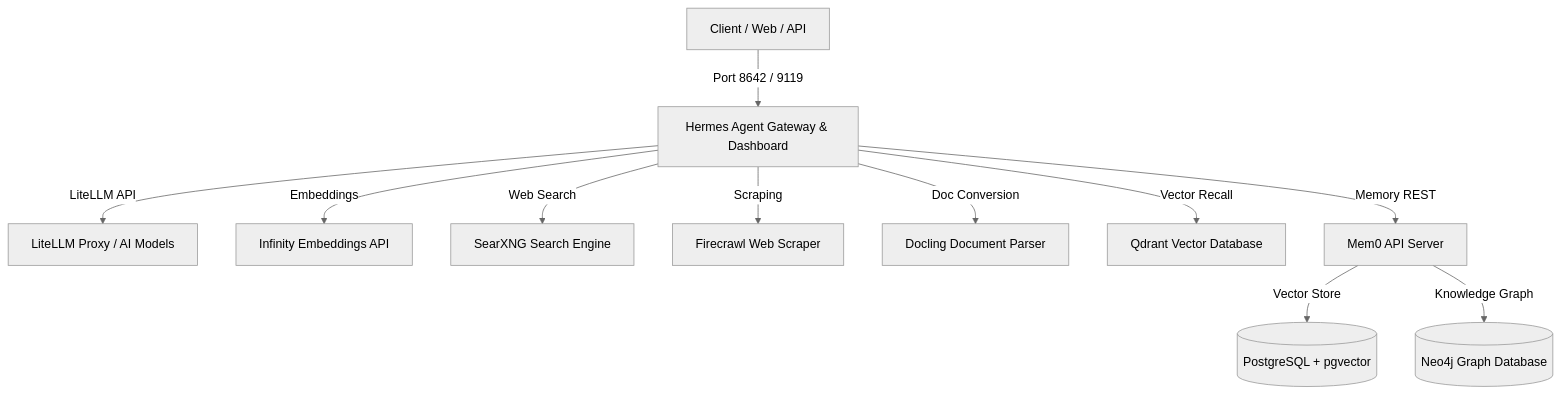
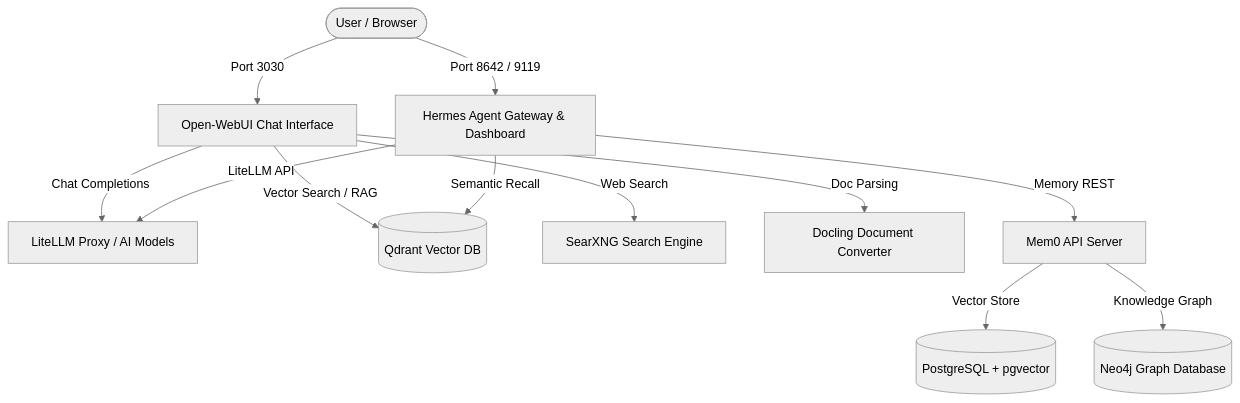
Before and after one commit to medzarka/homelab-ai-agents: the diagram in README.md, drawn with Mermaid (neutral theme). The commit also changed other lines of this file and 2 other files, not shown here.

Commit message:
feat: integrate Qdrant vector database and Open-WebUI into homelab-ai-agents

````diff
--- a/README.md
+++ b/README.md
@@ -11,13 +15,16 @@
 ```mermaid
 graph TD
-    Client[Client / Web / API] -->|Port 8642 / 9119| Hermes[Hermes Agent Gateway & Dashboard]
-    Hermes -->|LiteLLM API| LiteLLM[LiteLLM Proxy / AI Models]
-    Hermes -->|Embeddings| Infinity[Infinity Embeddings API]
-    Hermes -->|Web Search| SearXNG[SearXNG Search Engine]
-    Hermes -->|Scraping| Firecrawl[Firecrawl Web Scraper]
-    Hermes -->|Doc Conversion| Docling[Docling Document Parser]
-    Hermes -->|Vector Recall| Qdrant[Qdrant Vector Database]
+    User([User / Browser]) -->|Port 3030| WebUI[Open-WebUI Chat Interface]
+    User -->|Port 8642 / 9119| Hermes[Hermes Agent Gateway & Dashboard]
+    
+    WebUI -->|Chat Completions| LiteLLM[LiteLLM Proxy / AI Models]
+    WebUI -->|Vector Search / RAG| Qdrant[(Qdrant Vector DB)]
+    WebUI -->|Web Search| SearXNG[SearXNG Search Engine]
+    WebUI -->|Doc Parsing| Docling[Docling Document Converter]
+    
+    Hermes -->|LiteLLM API| LiteLLM
+    Hermes -->|Semantic Recall| Qdrant
     Hermes -->|Memory REST| Mem0API[Mem0 API Server]
     Mem0API -->|Vector Store| PGVector[(PostgreSQL + pgvector)]
     Mem0API -->|Knowledge Graph| Neo4j[(Neo4j Graph Database)]
 ```
````
